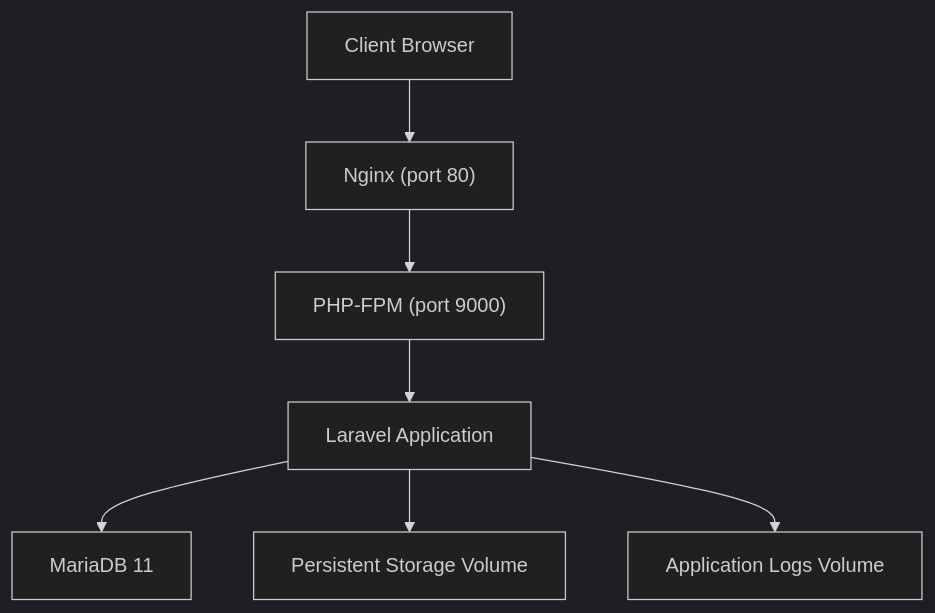
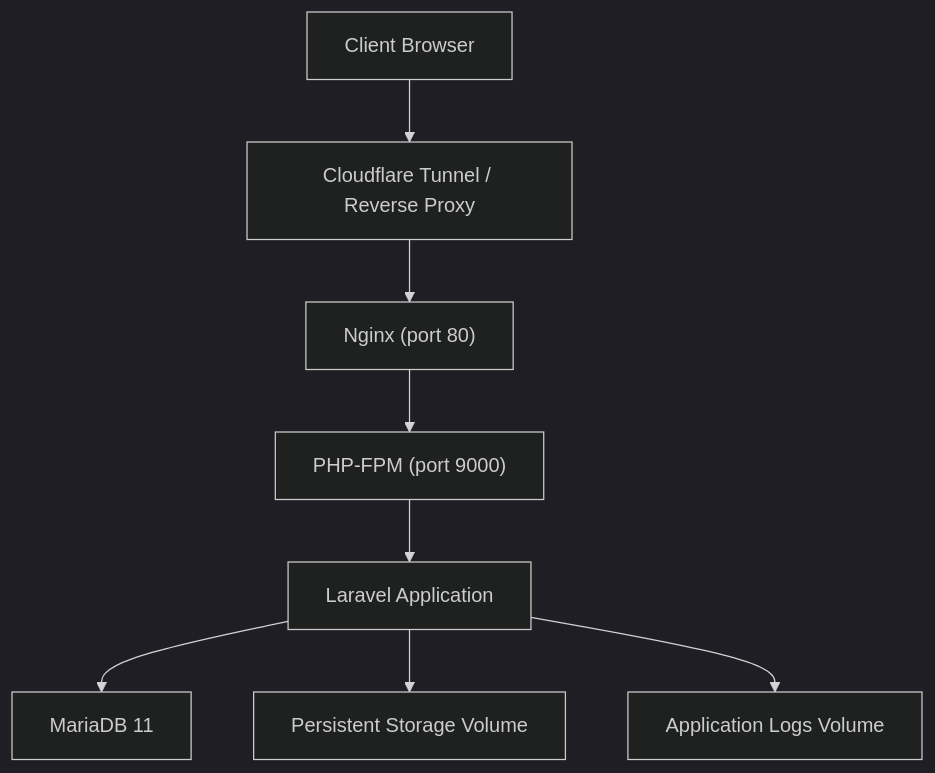
Before and after one commit to Dikksap/laravel_RsvHelmet: the first of 9 diagrams in .qoder/repowiki/en/content/Deployment Guide.md, drawn with Mermaid (dark theme). The commit also changed other lines of this file and 108 other files, not shown here.

````diff
--- a/.qoder/repowiki/en/content/Deployment Guide.md
+++ b/.qoder/repowiki/en/content/Deployment Guide.md
@@ -43,9 +55,10 @@
 ```mermaid
 graph TB
-Client["Client Browser"] --> Nginx["Nginx (port 80)"]
+Client["Client Browser"] --> CF["Cloudflare Tunnel / Reverse Proxy"]
+CF --> Nginx["Nginx (port 80)"]
 Nginx --> PHPFPM["PHP-FPM (port 9000)"]
 PHPFPM --> App["Laravel Application"]
 App --> DB["MariaDB 11"]
 App --> Storage["Persistent Storage Volume"]
 App --> Logs["Application Logs Volume"]
 ```
````
